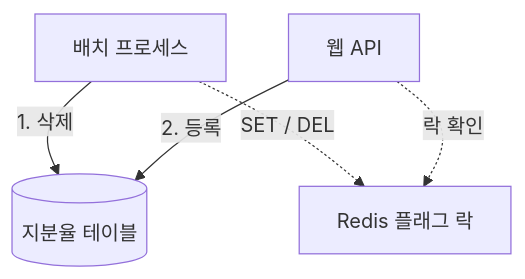
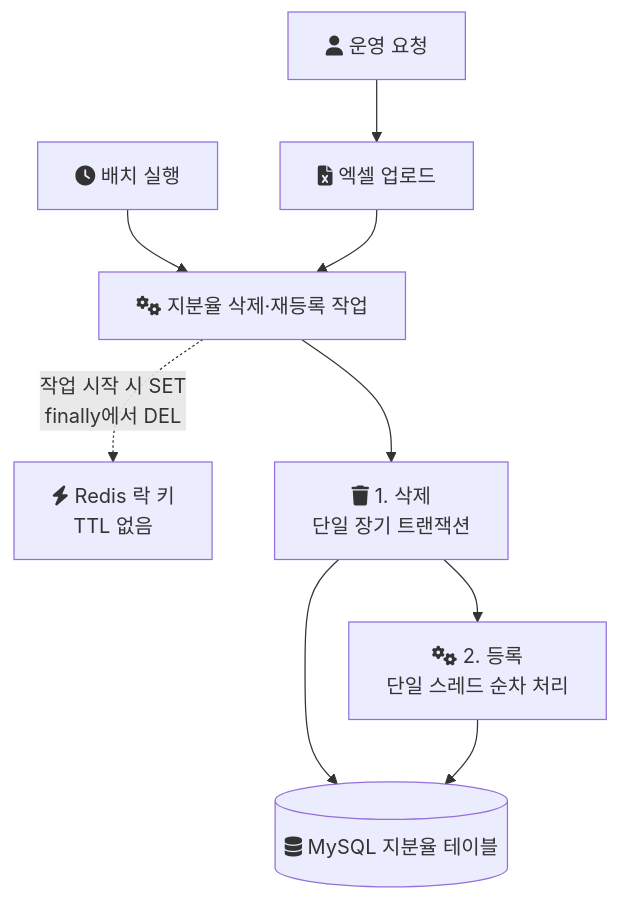
The first of 2 diagrams in _posts/notes/common/2025-12-19-share-ratio-1.md (polynomeer/polynomeer.github.io), drawn with Mermaid before and after one commit. The commit also changed other lines of this file, not shown here.

````diff
--- a/_posts/notes/common/2025-12-19-share-ratio-1.md
+++ b/_posts/notes/common/2025-12-19-share-ratio-1.md
@@ -80,7 +39,11 @@
 ```mermaid
 flowchart TD
-    B["배치 프로세스"] -->|"1. 삭제"| DB[("지분율 테이블")]
-    A["웹 API"] -->|"2. 등록"| DB
-    B -.->|"SET / DEL"| R["Redis 플래그 락"]
-    A -.->|"락 확인"| R
+    U["fa:fa-user 운영 요청"] --> X["fa:fa-file-excel 엑셀 업로드"]
+    C["fa:fa-clock 배치 실행"] --> J
+    X --> J["fa:fa-gears 지분율 삭제·재등록 작업"]
+    J -.->|"작업 시작 시 SET<br/>finally에서 DEL"| R["fa:fa-bolt Redis 락 키<br/>TTL 없음"]
+    J --> D["fa:fa-trash 1. 삭제<br/>단일 장기 트랜잭션"]
+    D --> I["fa:fa-gears 2. 등록<br/>단일 스레드 순차 처리"]
+    D --> DB[("fa:fa-database MySQL 지분율 테이블")]
+    I --> DB
 ```
````
